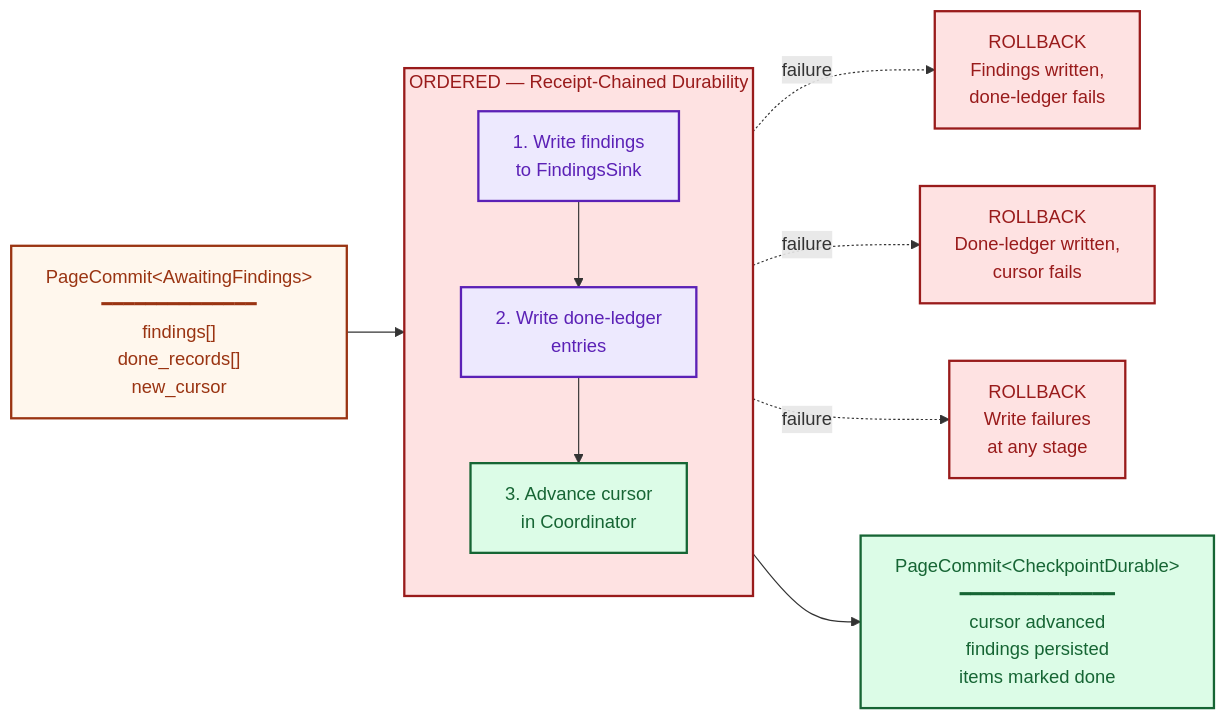
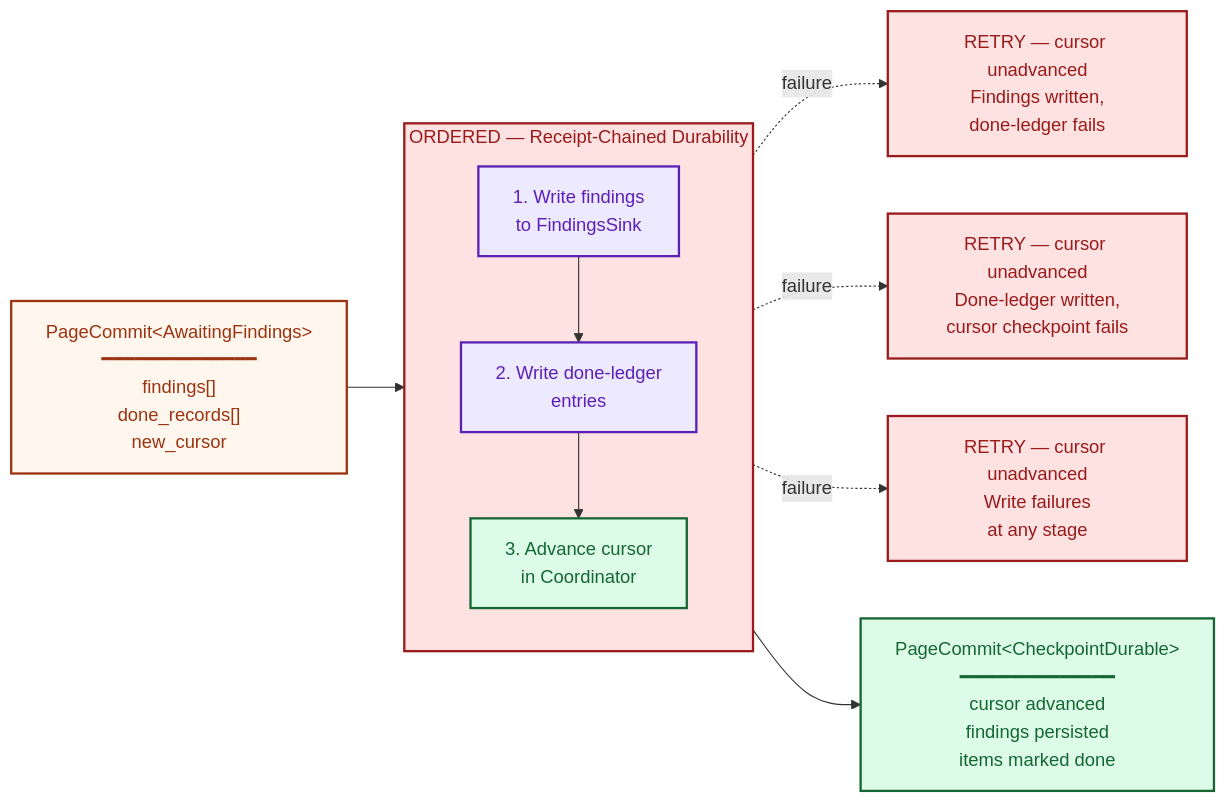
One commit to ahrav/Gossip-rs changed the third of 3 diagrams in diagrams/04-end-to-end-scan-flow.md. Above: the diagram before and after it, drawn with Mermaid. The commit also changed other lines of this file and 2 other files, not shown here.

Commit message:
Update boundary dependency diagrams for StableItemId and receipt chaining
- Replace DoneLedgerKey with StableItemId in B5→B1 edges (consistent
  with identity spine)
- Clarify receipt-chained commit semantics: three-stage upserts followed
  by checkpoint
- Distinguish RETRY (cursor unadvanced) from ROLLBACK in failure mode
  diagram
- Fix worker recovery checkpoint call signature in sequence diagram

````diff
--- a/diagrams/04-end-to-end-scan-flow.md
+++ b/diagrams/04-end-to-end-scan-flow.md
@@ -269,36 +272,36 @@
 ```mermaid
-%% Diagram: atomic-commit-boundary
+%% Diagram: receipt-chained-commit-boundary
 graph LR
     INPUT["PageCommit&lt;AwaitingFindings&gt;<br/>━━━━━━━━━━━━━━<br/>findings[]<br/>done_records[]<br/>new_cursor"]
 
     subgraph TX ["ORDERED — Receipt-Chained Durability"]
         direction TB
         S1["1. Write findings<br/>to FindingsSink"]
         S2["2. Write done-ledger<br/>entries"]
         S3["3. Advance cursor<br/>in Coordinator"]
         S1 --> S2 --> S3
     end
 
     OUTPUT["PageCommit&lt;CheckpointDurable&gt;<br/>━━━━━━━━━━━━━━<br/>cursor advanced<br/>findings persisted<br/>items marked done"]
 
     INPUT --> TX
     TX --> OUTPUT
 
-    F1["ROLLBACK<br/>Findings written,<br/>done-ledger fails"]
-    F2["ROLLBACK<br/>Done-ledger written,<br/>cursor fails"]
-    F3["ROLLBACK<br/>Write failures<br/>at any stage"]
+    F1["RETRY — cursor unadvanced<br/>Findings written,<br/>done-ledger fails"]
+    F2["RETRY — cursor unadvanced<br/>Done-ledger written,<br/>cursor checkpoint fails"]
+    F3["RETRY — cursor unadvanced<br/>Write failures<br/>at any stage"]
 
     S1 -.->|"failure"| F1
     S2 -.->|"failure"| F2
     S3 -.->|"failure"| F3
 
     style INPUT fill:#FFF7ED,stroke:#9A3412,stroke-width:2px,color:#9A3412
     style OUTPUT fill:#DCFCE7,stroke:#166534,stroke-width:2px,color:#166534
     style TX fill:#FEE2E2,stroke:#991B1B,stroke-width:2px,color:#991B1B
     style S1 fill:#EDE9FE,stroke:#5B21B6,stroke-width:2px,color:#5B21B6
     style S2 fill:#EDE9FE,stroke:#5B21B6,stroke-width:2px,color:#5B21B6
     style S3 fill:#DCFCE7,stroke:#166534,stroke-width:2px,color:#166534
     style F1 fill:#FEE2E2,stroke:#991B1B,stroke-width:2px,color:#991B1B
     style F2 fill:#FEE2E2,stroke:#991B1B,stroke-width:2px,color:#991B1B
     style F3 fill:#FEE2E2,stroke:#991B1B,stroke-width:2px,color:#991B1B
 ```
````
